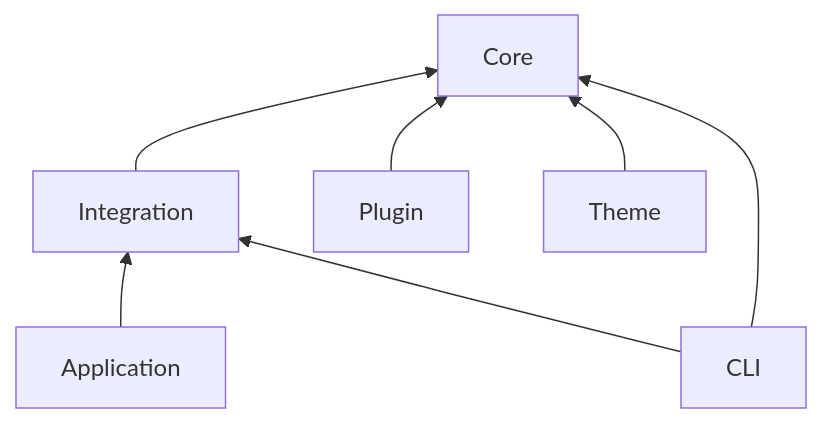
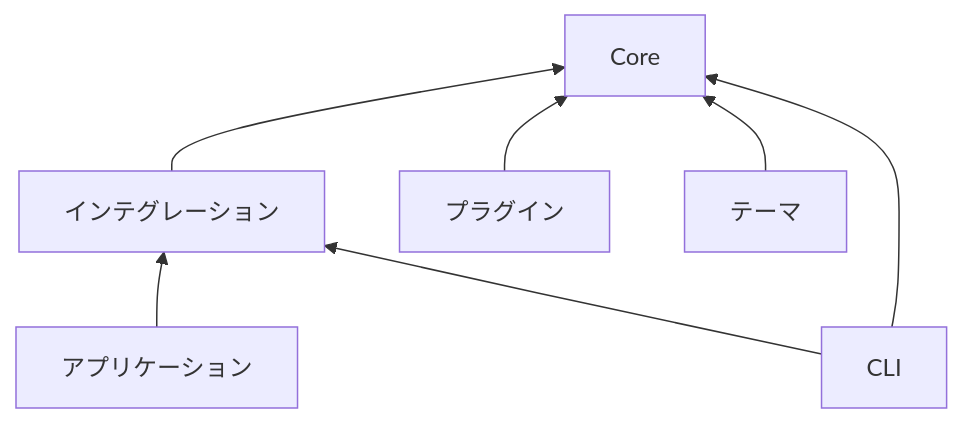
One commit to Rerurate514/riebeckite changed the fifth of 6 diagrams in docs/docs/framework/development.ja.md. Above: the diagram before and after it, drawn with Mermaid. The commit also changed other lines of this file and 310 other files, not shown here.

````diff
--- a/docs/docs/framework/development.ja.md
+++ b/docs/docs/framework/development.ja.md
@@ -239,16 +230,16 @@
 ```mermaid id="osmqrm"
 flowchart BT
-    App["Application"]
-    Integration["Integration"]
-    Plugin["Plugin"]
-    Theme["Theme"]
+    App["アプリケーション"]
+    Integration["インテグレーション"]
+    Plugin["プラグイン"]
+    Theme["テーマ"]
     CLI["CLI"]
     Core["Core"]
 
     App --> Integration
     Integration --> Core
     Plugin --> Core
     Theme --> Core
     CLI --> Core
     CLI --> Integration
 ```
````
